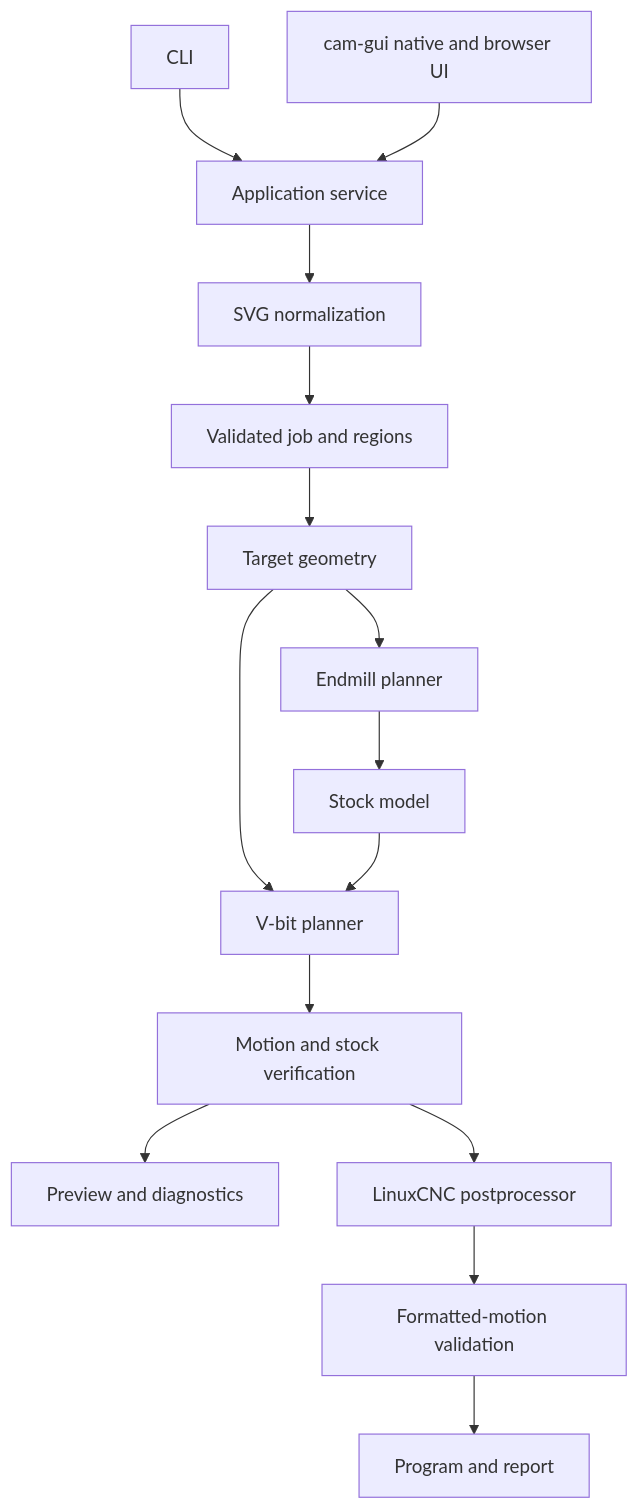
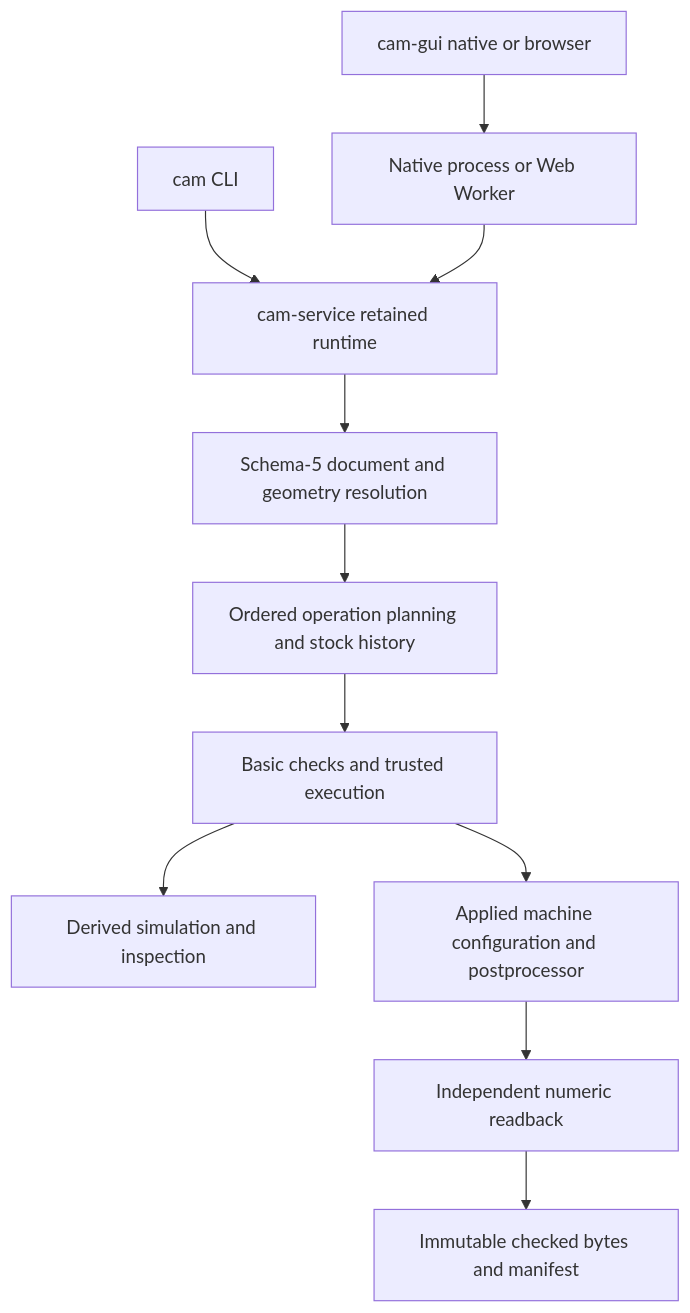
The diagram in docs/flat-v-carve/architecture.md (hudbrog/vcarve_cam), drawn with Mermaid before and after one commit. The commit also changed other lines of this file and 165 other files, not shown here.

````diff
--- a/docs/flat-v-carve/architecture.md
+++ b/docs/flat-v-carve/architecture.md
@@ -63,17 +24,13 @@
 ```mermaid
 flowchart TD
-    CLI[CLI] --> APP[Application service]
-    GUI[cam-gui native and browser UI] --> APP
-    APP --> IMPORT[SVG normalization]
-    IMPORT --> JOB[Validated job and regions]
-    JOB --> TARGET[Target geometry]
-    TARGET --> MILL[Endmill planner]
-    MILL --> STOCK[Stock model]
-    TARGET --> VBIT[V-bit planner]
-    STOCK --> VBIT
-    VBIT --> VERIFY[Motion and stock verification]
-    VERIFY --> PREVIEW[Preview and diagnostics]
-    VERIFY --> POST[LinuxCNC postprocessor]
-    POST --> CHECK[Formatted-motion validation]
-    CHECK --> OUTPUT[Program and report]
+    CLI[cam CLI] --> SERVICE[cam-service retained runtime]
+    GUI[cam-gui native or browser] --> WORKER[Native process or Web Worker]
+    WORKER --> SERVICE
+    SERVICE --> DOC[Schema-5 document and geometry resolution]
+    DOC --> PLAN[Ordered operation planning and stock history]
+    PLAN --> CHECK[Basic checks and trusted execution]
+    CHECK --> VIEW[Derived simulation and inspection]
+    CHECK --> POST[Applied machine configuration and postprocessor]
+    POST --> READBACK[Independent numeric readback]
+    READBACK --> BUNDLE[Immutable checked bytes and manifest]
 ```
````
